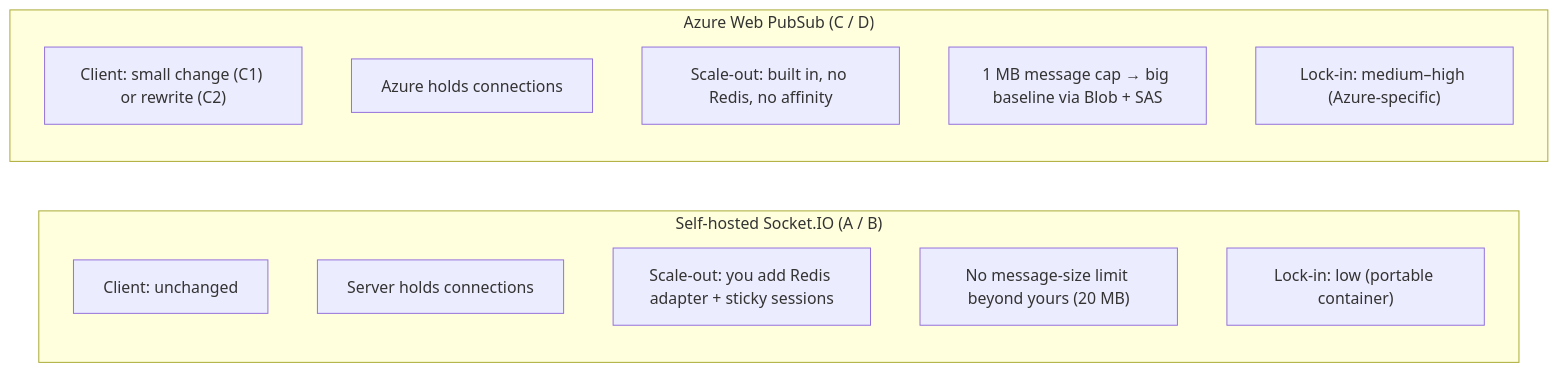
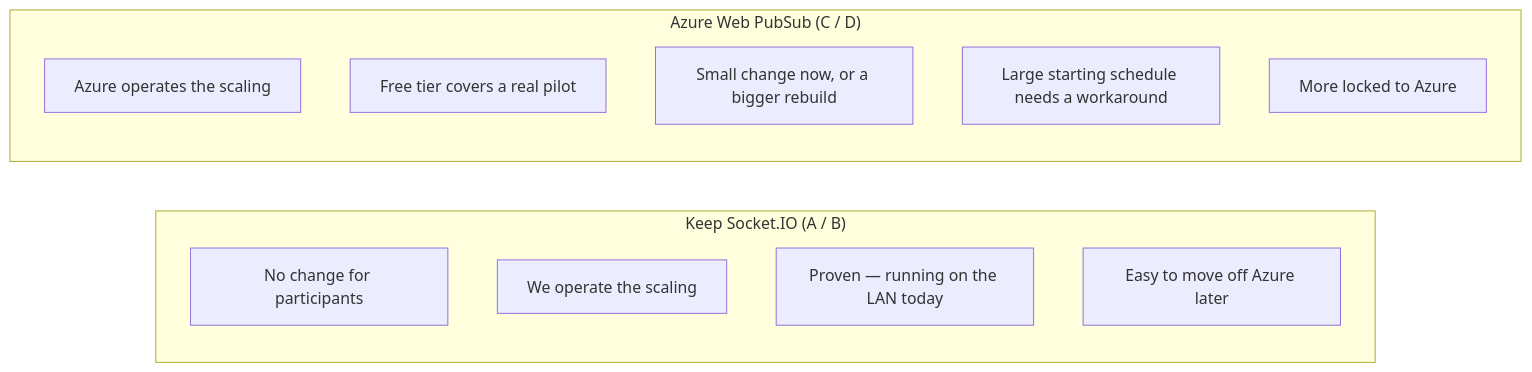
Before and after one commit to WhiTeXCharGe/TF_Testing: the fourth of 9 diagrams in GanttChartEditor/GanttChartEditor_OnlineCollabAzure_Presentation20260904.md, drawn with Mermaid. The commit also changed other lines of this file and 1 other file, not shown here.

First line of the commit message:
Rewrite online-collab Azure presentation for a non-technical audience; add JP version

````diff
--- a/GanttChartEditor/GanttChartEditor_OnlineCollabAzure_Presentation20260904.md
+++ b/GanttChartEditor/GanttChartEditor_OnlineCollabAzure_Presentation20260904.md
@@ -92,17 +89,16 @@
 ```mermaid
 flowchart LR
-  subgraph sio["Self-hosted Socket.IO  (A / B)"]
-    s1["Client: unchanged"]
-    s2["Server holds connections"]
-    s3["Scale-out: you add Redis adapter + sticky sessions"]
-    s4["No message-size limit beyond yours (20 MB)"]
-    s5["Lock-in: low (portable container)"]
+  subgraph sio["Keep Socket.IO  (A / B)"]
+    s1["No change for participants"]
+    s2["We operate the scaling"]
+    s3["Proven — running on the LAN today"]
+    s4["Easy to move off Azure later"]
   end
   subgraph wps["Azure Web PubSub  (C / D)"]
-    w1["Client: small change (C1) or rewrite (C2)"]
-    w2["Azure holds connections"]
-    w3["Scale-out: built in, no Redis, no affinity"]
-    w4["1 MB message cap → big baseline via Blob + SAS"]
-    w5["Lock-in: medium–high (Azure-specific)"]
+    w1["Azure operates the scaling"]
+    w2["Free tier covers a real pilot"]
+    w3["Small change now, or a bigger rebuild"]
+    w4["Large starting schedule needs a workaround"]
+    w5["More locked to Azure"]
   end
 ```
````
